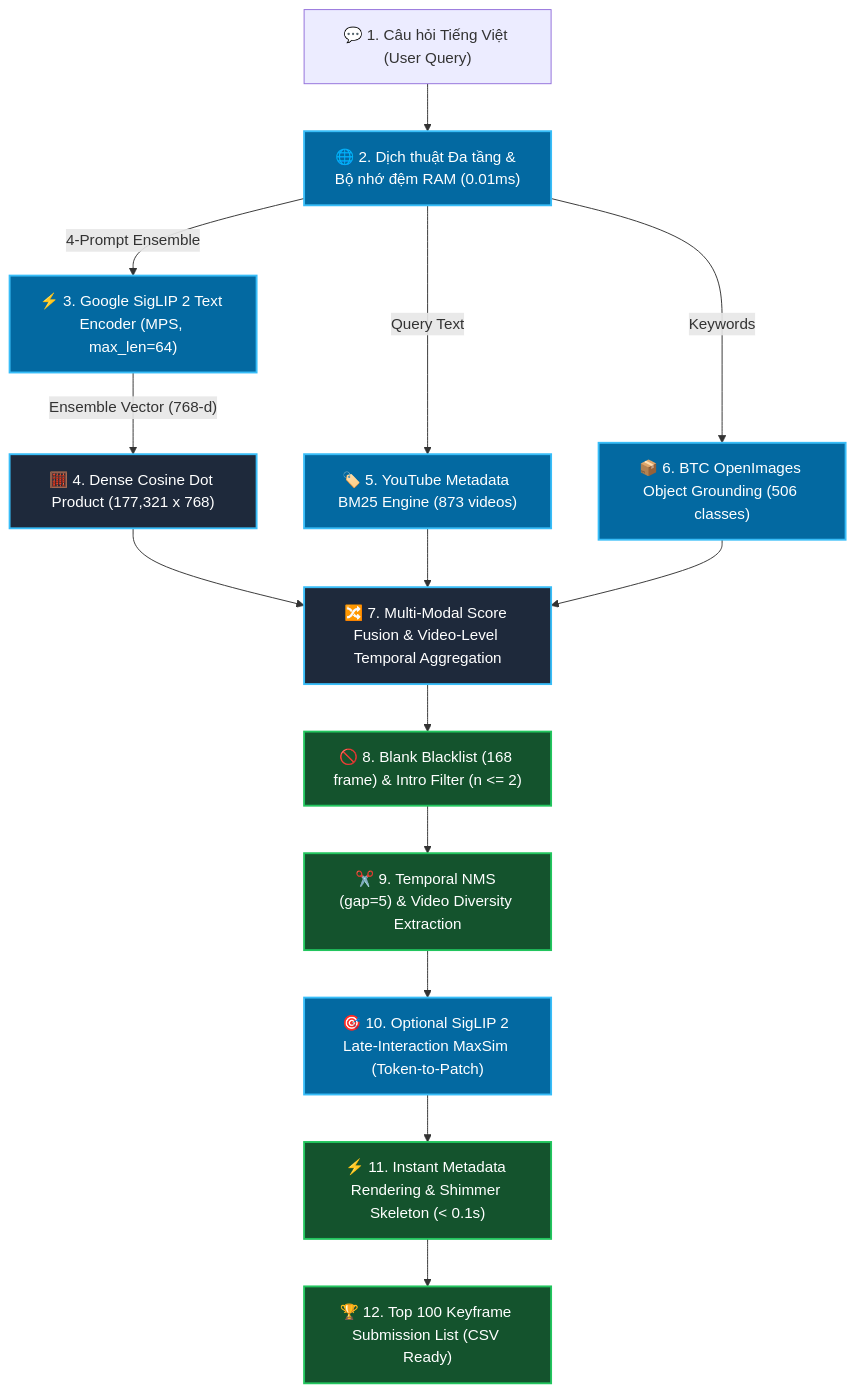
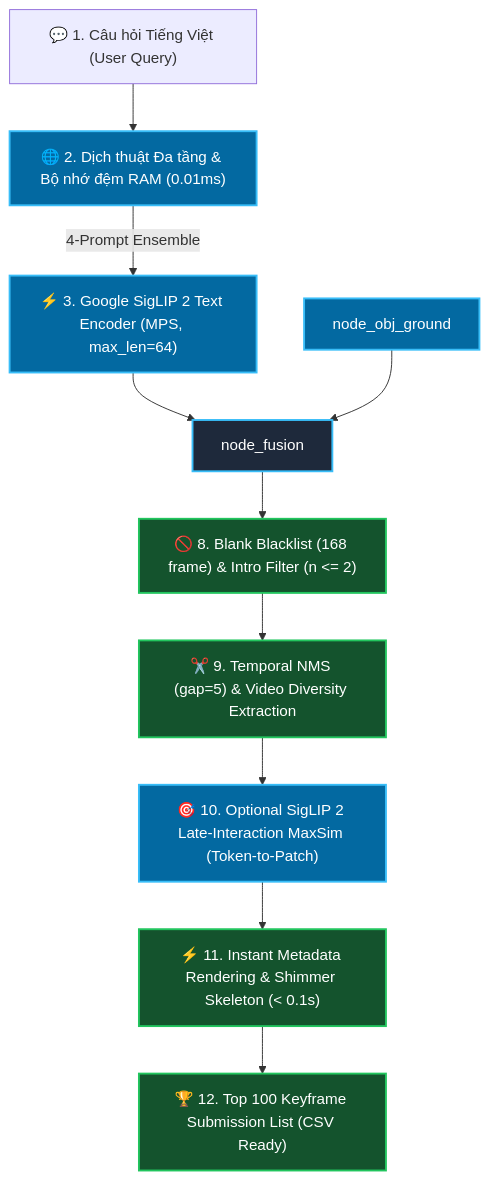
The diagram in src/task1_kis/PIPELINE_ARCHITECTURE.md (bminhnemhoi/ai-challenge-2026), drawn with Mermaid before and after one commit. The commit also changed other lines of this file and 10 other files, not shown here.

````diff
--- a/src/task1_kis/PIPELINE_ARCHITECTURE.md
+++ b/src/task1_kis/PIPELINE_ARCHITECTURE.md
@@ -21,29 +21,23 @@
 ```mermaid
 flowchart TD
     node_input["💬 1. Câu hỏi Tiếng Việt (User Query)"] --> node_prep["🌐 2. Dịch thuật Đa tầng & Bộ nhớ đệm RAM (0.01ms)"]
     
     node_prep -->|"4-Prompt Ensemble"| node_text_enc["⚡ 3. Google SigLIP 2 Text Encoder (MPS, max_len=64)"]
-    node_text_enc -->|"Ensemble Vector (768-d)"| node_dense_sim["🧮 4. Dense Cosine Dot Product (177,321 x 768)"]
-    
-    node_prep -->|"Query Text"| node_bm25["🏷️ 5. YouTube Metadata BM25 Engine (873 videos)"]
-    node_prep -->|"Keywords"| node_obj_ground["📦 6. BTC OpenImages Object Grounding (506 classes)"]
-    
-    node_dense_sim --> node_fusion["🔀 7. Multi-Modal Score Fusion & Video-Level Temporal Aggregation"]
-    node_bm25 --> node_fusion
+    node_text_enc --> node_fusion
     node_obj_ground --> node_fusion
     
     node_fusion --> node_filter["🚫 8. Blank Blacklist (168 frame) & Intro Filter (n <= 2)"]
     node_filter --> node_nms["✂️ 9. Temporal NMS (gap=5) & Video Diversity Extraction"]
     node_nms --> node_rerank["🎯 10. Optional SigLIP 2 Late-Interaction MaxSim (Token-to-Patch)"]
     node_rerank --> node_ui["⚡ 11. Instant Metadata Rendering & Shimmer Skeleton (< 0.1s)"]
     
     node_ui --> node_output["🏆 12. Top 100 Keyframe Submission List (CSV Ready)"]
 
     classDef primary fill:#1e293b,stroke:#38bdf8,stroke-width:2px,color:#fff;
     classDef highlight fill:#0369a1,stroke:#38bdf8,stroke-width:2px,color:#fff;
     classDef success fill:#14532d,stroke:#22c55e,stroke-width:2px,color:#fff;
     
     class node_dense_sim,node_fusion primary;
     class node_prep,node_text_enc,node_bm25,node_obj_ground,node_rerank highlight;
     class node_filter,node_nms,node_ui,node_output success;
 ```
````
